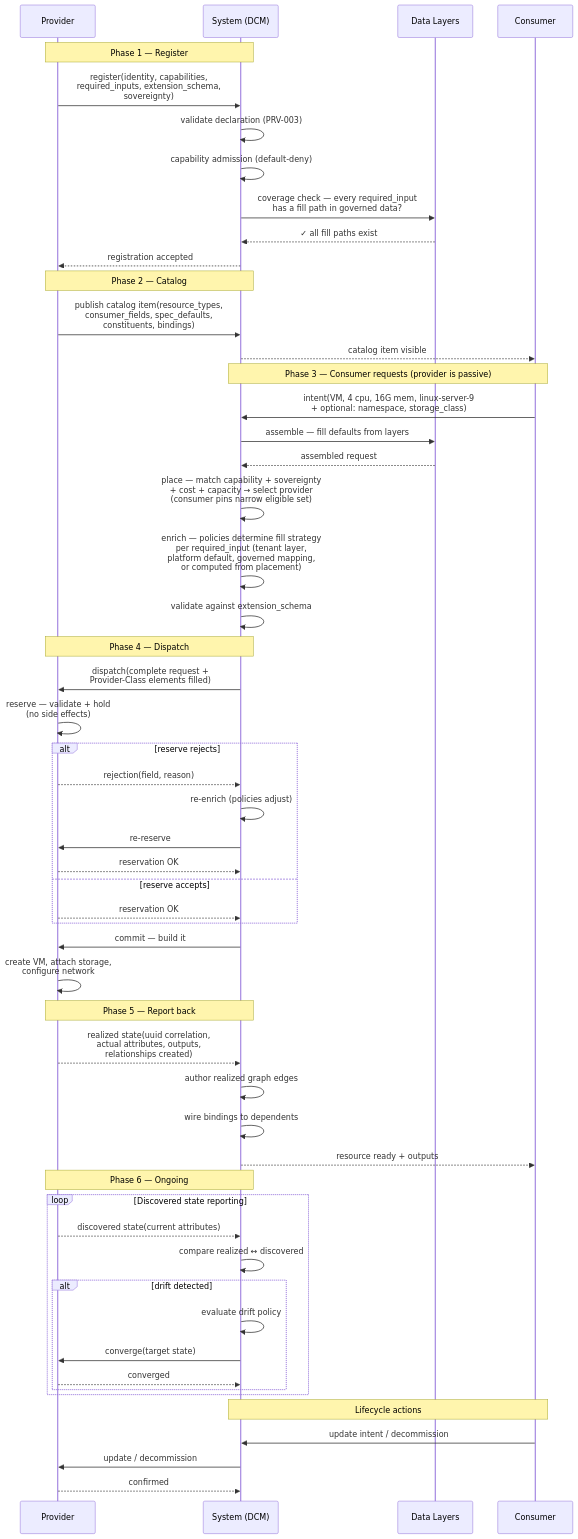
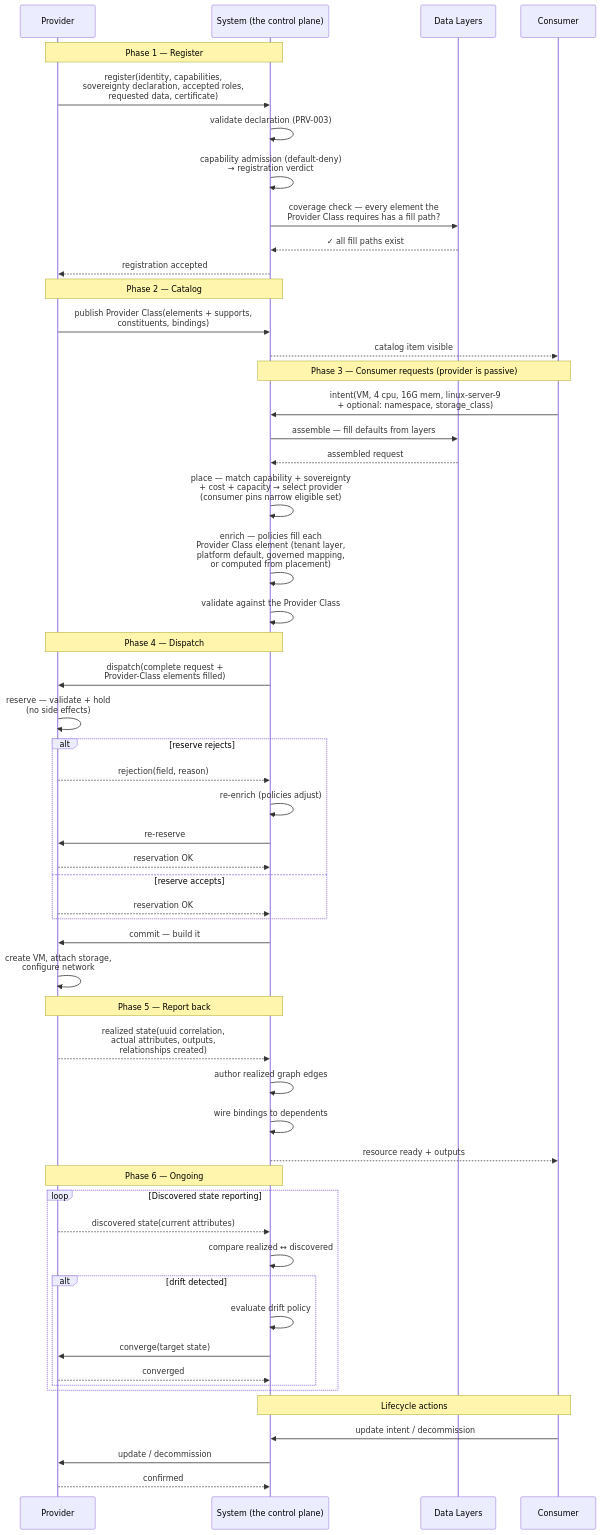
One commit to croadfeldt/udlm changed the second of 2 diagrams in docs/flows/provider-lifecycle.md. Above: the diagram before and after it, drawn with Mermaid. The commit also changed other lines of this file and 31 other files, not shown here.

First line of the commit message:
docs sweep 4a: the lifecycle flows read true and plain

````diff
--- a/docs/flows/provider-lifecycle.md
+++ b/docs/flows/provider-lifecycle.md
@@ -32,63 +32,63 @@
 ```mermaid
 sequenceDiagram
     participant P as Provider
-    participant S as System (DCM)
+    participant S as System (the control plane)
     participant L as Data Layers
     participant C as Consumer
 
     Note over P,S: Phase 1 — Register
-    P->>S: register(identity, capabilities,<br/>required_inputs, extension_schema,<br/>sovereignty)
+    P->>S: register(identity, capabilities,<br/>sovereignty declaration, accepted roles,<br/>requested data, certificate)
     S->>S: validate declaration (PRV-003)
-    S->>S: capability admission (default-deny)
-    S->>L: coverage check — every required_input<br/>has a fill path in governed data?
+    S->>S: capability admission (default-deny)<br/>→ registration verdict
+    S->>L: coverage check — every element the<br/>Provider Class requires has a fill path?
     L-->>S: ✓ all fill paths exist
     S-->>P: registration accepted
 
     Note over P,S: Phase 2 — Catalog
-    P->>S: publish catalog item(resource_types,<br/>consumer_fields, spec_defaults,<br/>constituents, bindings)
+    P->>S: publish Provider Class(elements + supports,<br/>constituents, bindings)
     S-->>C: catalog item visible
 
     Note over C,S: Phase 3 — Consumer requests (provider is passive)
     C->>S: intent(VM, 4 cpu, 16G mem, linux-server-9<br/>+ optional: namespace, storage_class)
     S->>L: assemble — fill defaults from layers
     L-->>S: assembled request
     S->>S: place — match capability + sovereignty<br/>+ cost + capacity → select provider<br/>(consumer pins narrow eligible set)
-    S->>S: enrich — policies determine fill strategy<br/>per required_input (tenant layer,<br/>platform default, governed mapping,<br/>or computed from placement)
-    S->>S: validate against extension_schema
+    S->>S: enrich — policies fill each<br/>Provider Class element (tenant layer,<br/>platform default, governed mapping,<br/>or computed from placement)
+    S->>S: validate against the Provider Class
 
     Note over P,S: Phase 4 — Dispatch
     S->>P: dispatch(complete request +<br/>Provider-Class elements filled)
     P->>P: reserve — validate + hold<br/>(no side effects)
     alt reserve rejects
         P-->>S: rejection(field, reason)
         S->>S: re-enrich (policies adjust)
         S->>P: re-reserve
         P-->>S: reservation OK
     else reserve accepts
         P-->>S: reservation OK
     end
     S->>P: commit — build it
     P->>P: create VM, attach storage,<br/>configure network
 
     Note over P,S: Phase 5 — Report back
     P-->>S: realized state(uuid correlation,<br/>actual attributes, outputs,<br/>relationships created)
     S->>S: author realized graph edges
     S->>S: wire bindings to dependents
     S-->>C: resource ready + outputs
 
     Note over P,S: Phase 6 — Ongoing
     loop Discovered state reporting
         P-->>S: discovered state(current attributes)
         S->>S: compare realized ↔ discovered
         alt drift detected
             S->>S: evaluate drift policy
             S->>P: converge(target state)
             P-->>S: converged
         end
     end
 
     Note over C,S: Lifecycle actions
     C->>S: update intent / decommission
     S->>P: update / decommission
     P-->>S: confirmed
 ```
````
